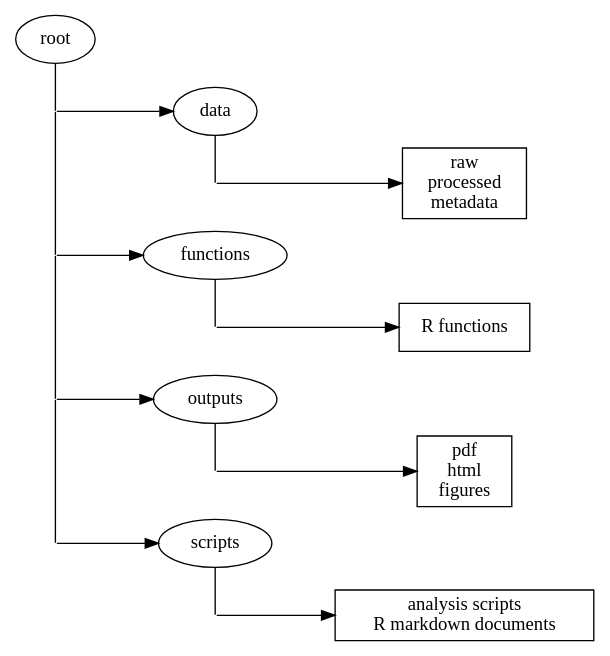
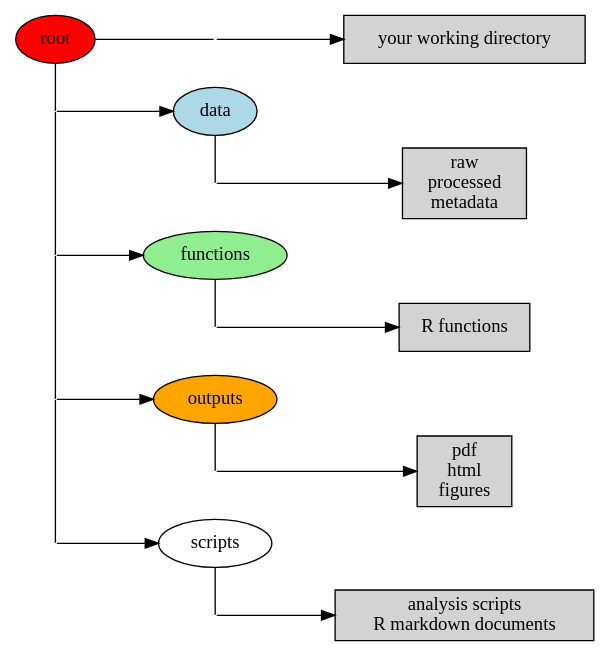
The diagram in 01-intro.qmd (Biostats-uOttawa/R), drawn with Graphviz before and after one commit. The commit also changed other lines of this file, not shown here.

Commit message:
r tips and wd structure

````diff
--- a/01-intro.qmd
+++ b/01-intro.qmd
@@ -522,56 +542,71 @@
 ```{dot}
 #| eval: false
 digraph {
-    rankdir=LR
-    ranksep=0.5
-    nodesep=0.5
+  rankdir=LR
+  ranksep=0.5
+  nodesep=0.5
+  node [
+    style = filled
+    shape=oval
+	]
+  root [fillcolor="red"]
+  data [fillcolor="lightblue"]
+  functions [fillcolor="lightgreen"]
+  outputs [fillcolor="orange"]
+  scripts [fillcolor="white"]
 
-    LOT1 [label= "raw\n processed\n metadata", shape = rect]
-        LOT2 [label= "R functions", shape = rect]
-          LOT4 [label= "analysis scripts\n R markdown documents", shape = rect]
-    LOT3 [label = "pdf\n html\n figures", shape=rect]
+  wd [label= "your working directory", shape = rect]
+  LOT1 [label= "raw\n processed\n metadata", shape = rect]
+  LOT2 [label= "R functions", shape = rect]
+  LOT4 [label= "analysis scripts\n R markdown documents", shape = rect]
+  LOT3 [label = "pdf\n html\n figures", shape=rect]
 
+  dot01 [shape=point width=0]
+  root -> dot01 [arrowhead=none]
+  dot01 -> wd [weight=20]
 
-    {rank=same
-        root
-        dot1 [shape=point width=0]
-        dot2 [shape=point width=0]
-        dot3 [shape=point width=0]
-        dot4 [shape=point width=0]
-        root -> dot1 -> dot2 -> dot3 -> dot4 [arrowhead=none]
-    }
-    dot1 -> data [weight=20]
-    {
-        rank=same
-        data
-        dot21  [shape=point width=0]
-        data -> dot21 [arrowhead=none]
-    }
-    dot21 -> LOT1 [weight=20]
-    dot2 -> functions
-    {
-        rank=same
-        functions
-        dot22  [shape=point width=0]
-        functions -> dot22 [arrowhead=none]
-    }
-    dot22 -> LOT2 [weight=20]
-    dot3 -> outputs [weight=20]
-    {
-        rank=same
-        outputs
-        dot23 [shape=point width=0]
-        outputs -> dot23 [arrowhead=none]
-    }
-    dot23 -> LOT3 [weight=20]
-    
-    dot4 -> scripts [weight=20]
-        {
-        rank=same
-        scripts
-        dot24 [shape=point width=0]
-        scripts -> dot24 [arrowhead=none]
-    }
-    dot24 -> LOT4 [weight=20]
+  {
+    rank=same
+    root
+    dot1 [shape=point width=0]
+    dot2 [shape=point width=0]
+    dot3 [shape=point width=0]
+    dot4 [shape=point width=0]
+    root -> dot1 -> dot2 -> dot3 -> dot4 [arrowhead=none]
+  }
+
+  dot1 -> data [weight=20]
+  {
+    rank=same
+    data
+    dot21  [shape=point width=0]
+    data -> dot21 [arrowhead=none]
+  }
+  dot21 -> LOT1 [weight=20]
+  dot2 -> functions
+  {
+    rank=same
+    functions
+    dot22  [shape=point width=0]
+    functions -> dot22 [arrowhead=none]
+  }
+  dot22 -> LOT2 [weight=20]
+  dot3 -> outputs [weight=20]
+  {
+    rank=same
+    outputs
+    dot23 [shape=point width=0]
+    outputs -> dot23 [arrowhead=none]
+  }
+  dot23 -> LOT3 [weight=20]
+  
+  dot4 -> scripts [weight=20]
+  {
+    rank=same
+    scripts
+    dot24 [shape=point width=0]
+    scripts -> dot24 [arrowhead=none]
+  }
+  dot24 -> LOT4 [weight=20]
 }
 ```
````
